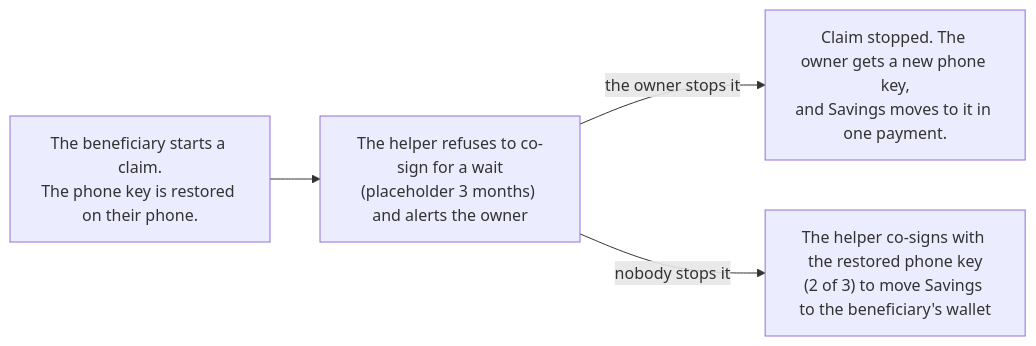
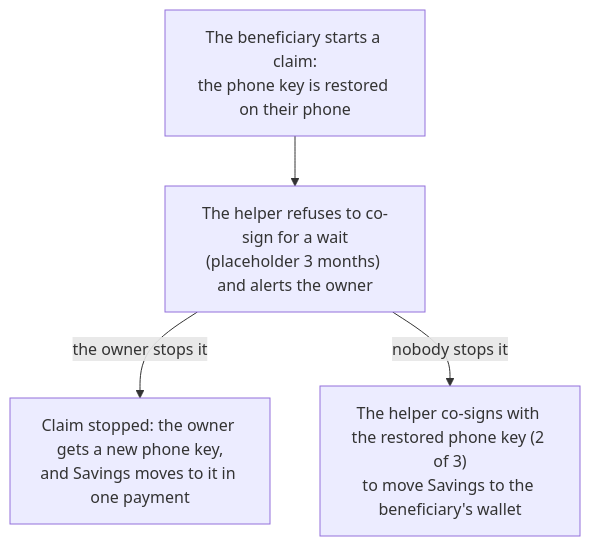
Before and after one commit to brent472/satkeep: the second of 3 diagrams in README.md, drawn with Mermaid. The commit also changed other lines of this file, not shown here.

Commit message:
README: simpler diagrams that fit GitHub's viewer

````diff
--- a/README.md
+++ b/README.md
@@ -54,6 +45,6 @@
 ```mermaid
-flowchart LR
-    start["The beneficiary starts a claim.<br/>The phone key is restored on their phone."] --> wait["The helper refuses to co-sign for a wait<br/>(placeholder 3 months) and alerts the owner"]
-    wait -- "the owner stops it" --> stopped["Claim stopped. The owner gets a new phone key,<br/>and Savings moves to it in one payment."]
-    wait -- "nobody stops it" --> claim["The helper co-signs with the restored phone key<br/>(2 of 3) to move Savings to the beneficiary's wallet"]
+flowchart TB
+    start["The beneficiary starts a claim:<br/>the phone key is restored on their phone"] --> wait["The helper refuses to co-sign for a wait<br/>(placeholder 3 months) and alerts the owner"]
+    wait -->|"the owner stops it"| stopped["Claim stopped: the owner gets a new phone key,<br/>and Savings moves to it in one payment"]
+    wait -->|"nobody stops it"| claim["The helper co-signs with the restored phone key (2 of 3)<br/>to move Savings to the beneficiary's wallet"]
 ```
````
